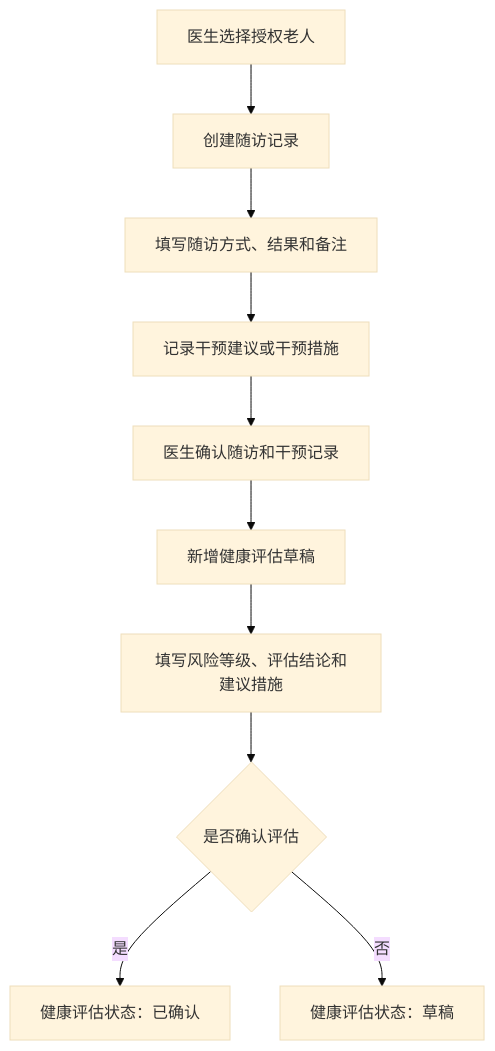
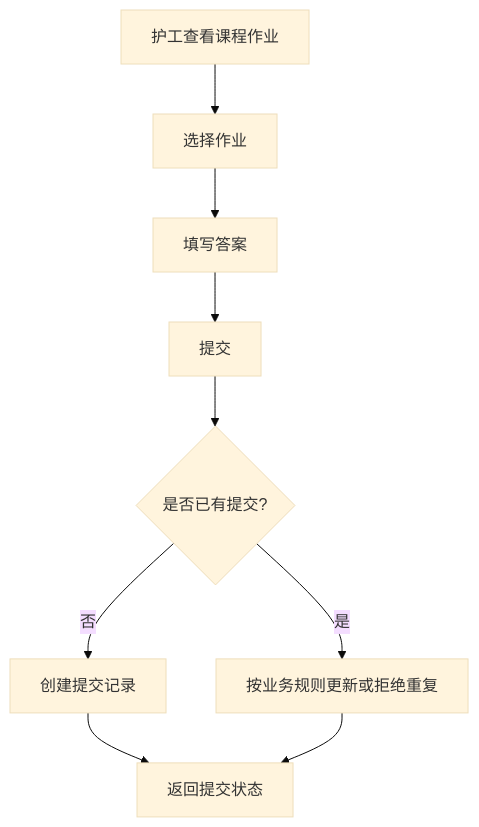
The ninth of 10 diagrams in docs/requirements/业务流程.md (thesantaana/Care-Nexus), drawn with Mermaid (base theme) before and after one commit. The commit also changed other lines of this file, not shown here.

````diff
--- a/docs/requirements/业务流程.md
+++ b/docs/requirements/业务流程.md
@@ -324,12 +165,11 @@
 ```mermaid
 flowchart TD
-    A["医生选择授权老人"] --> B["创建随访记录"]
-    B --> C["填写随访方式、结果和备注"]
-    C --> D["记录干预建议或干预措施"]
-    D --> E["医生确认随访和干预记录"]
-    E --> F["新增健康评估草稿"]
-    F --> G["填写风险等级、评估结论和建议措施"]
-    G --> H{"是否确认评估"}
-    H -- "是" --> I["健康评估状态：已确认"]
-    H -- "否" --> J["健康评估状态：草稿"]
+    A[护工查看课程作业] --> B[选择作业]
+    B --> C[填写答案]
+    C --> D[提交]
+    D --> E{是否已有提交?}
+    E -- 否 --> F[创建提交记录]
+    E -- 是 --> G[按业务规则更新或拒绝重复]
+    F --> H[返回提交状态]
+    G --> H
 ```
````
